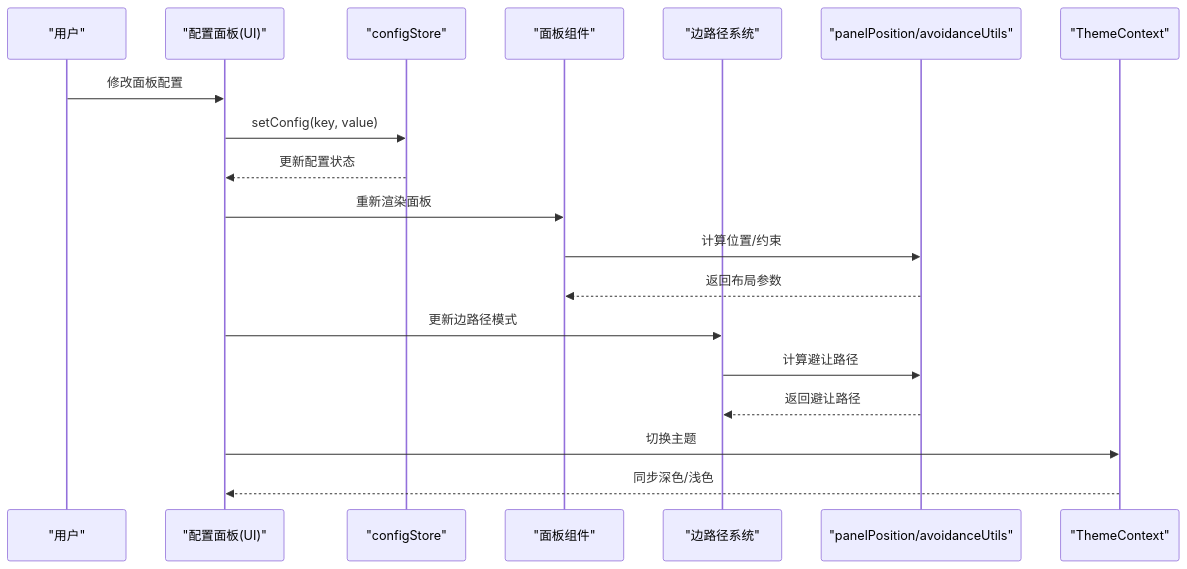
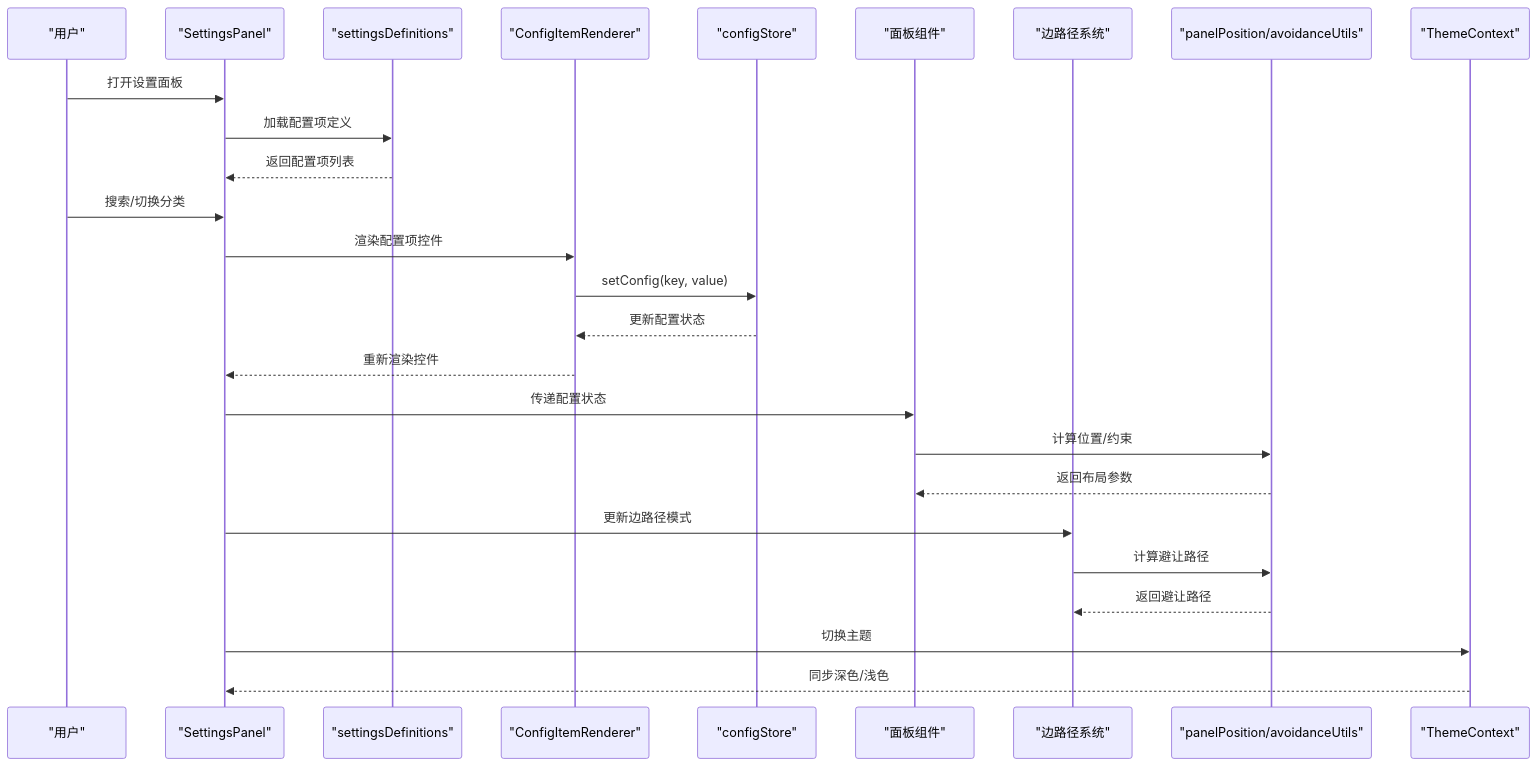
Before and after one commit to kqcoxn/MaaPipelineEditor: the second of 14 diagrams in .qoder/repowiki/zh/content/用户界面/面板系统/配置面板/面板配置区域.md, drawn with Mermaid. The commit also changed other lines of this file and 50 other files, not shown here.

````diff
--- a/.qoder/repowiki/zh/content/用户界面/面板系统/配置面板/面板配置区域.md
+++ b/.qoder/repowiki/zh/content/用户界面/面板系统/配置面板/面板配置区域.md
@@ -151,21 +136,28 @@
 ```mermaid
 sequenceDiagram
 participant User as "用户"
-participant UI as "配置面板(UI)"
+participant SP as "SettingsPanel"
+participant SD as "settingsDefinitions"
+participant CIR as "ConfigItemRenderer"
 participant Store as "configStore"
 participant Panel as "面板组件"
 participant Edges as "边路径系统"
 participant Utils as "panelPosition/avoidanceUtils"
 participant Theme as "ThemeContext"
-User->>UI : 修改面板配置
-UI->>Store : setConfig(key, value)
-Store-->>UI : 更新配置状态
-UI->>Panel : 重新渲染面板
+User->>SP : 打开设置面板
+SP->>SD : 加载配置项定义
+SD-->>SP : 返回配置项列表
+User->>SP : 搜索/切换分类
+SP->>CIR : 渲染配置项控件
+CIR->>Store : setConfig(key, value)
+Store-->>CIR : 更新配置状态
+CIR-->>SP : 重新渲染控件
+SP->>Panel : 传递配置状态
 Panel->>Utils : 计算位置/约束
 Utils-->>Panel : 返回布局参数
-UI->>Edges : 更新边路径模式
+SP->>Edges : 更新边路径模式
 Edges->>Utils : 计算避让路径
 Utils-->>Edges : 返回避让路径
-UI->>Theme : 切换主题
-Theme-->>UI : 同步深色/浅色
+SP->>Theme : 切换主题
+Theme-->>SP : 同步深色/浅色
 ```
````
